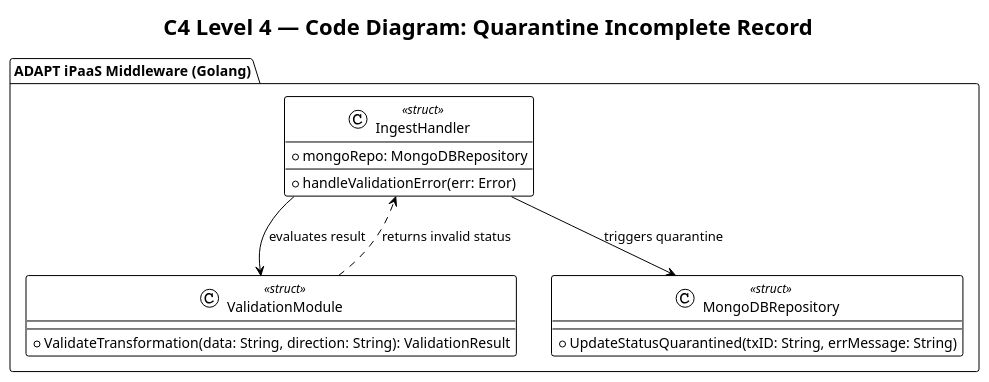
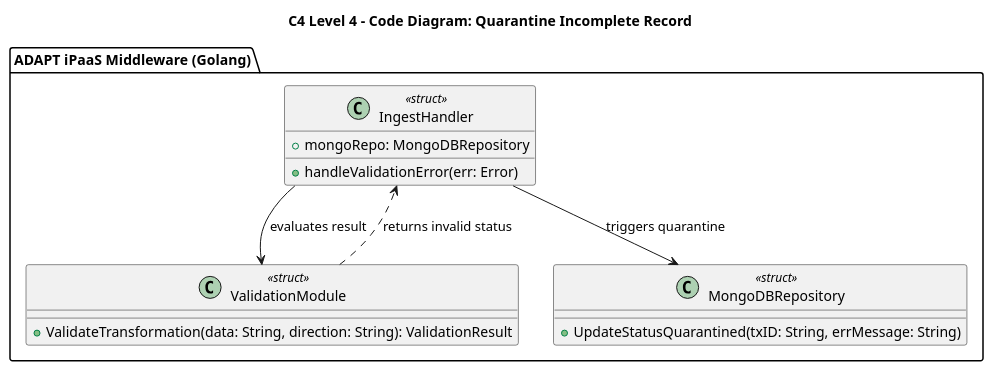
One commit to Vince0028/WAH4PCE-MERGE-CONFLICT changed the diagram in diagrams/c4_diagram/code_diagram/granular_code_diagram/uc_quarantine_incomplete_record.puml. Above: the diagram before and after it, drawn with PlantUML. The commit also changed 16 other files, not shown here.

Commit message:
docs: add C4 Level 4 code architecture PlantUML diagrams for system use cases

```diff
--- a/diagrams/c4_diagram/code_diagram/granular_code_diagram/uc_quarantine_incomplete_record.puml
+++ b/diagrams/c4_diagram/code_diagram/granular_code_diagram/uc_quarantine_incomplete_record.puml
@@ -1,24 +1,23 @@
 @startuml UC_Quarantine_Incomplete_Record
-!theme plain
-title C4 Level 4 — Code Diagram: Quarantine Incomplete Record
+title C4 Level 4 - Code Diagram: Quarantine Incomplete Record
 
 package "ADAPT iPaaS Middleware (Golang)" {
     class IngestHandler <<struct>> {
         + mongoRepo: MongoDBRepository
         + handleValidationError(err: Error)
     }
 
     class ValidationModule <<struct>> {
         + ValidateTransformation(data: String, direction: String): ValidationResult
     }
 
     class MongoDBRepository <<struct>> {
         + UpdateStatusQuarantined(txID: String, errMessage: String)
     }
 }
 
 IngestHandler --> ValidationModule : evaluates result
 ValidationModule ..> IngestHandler : returns invalid status
 IngestHandler --> MongoDBRepository : triggers quarantine
 
 @enduml
```
